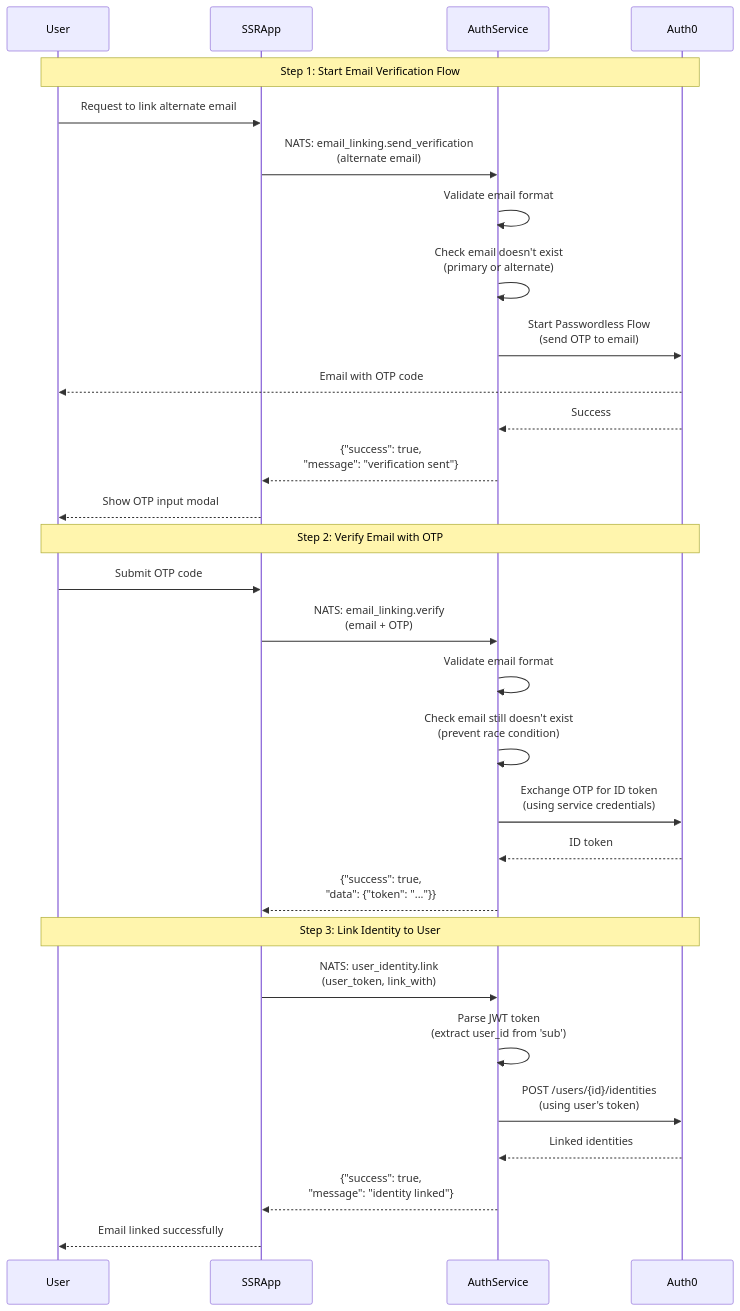
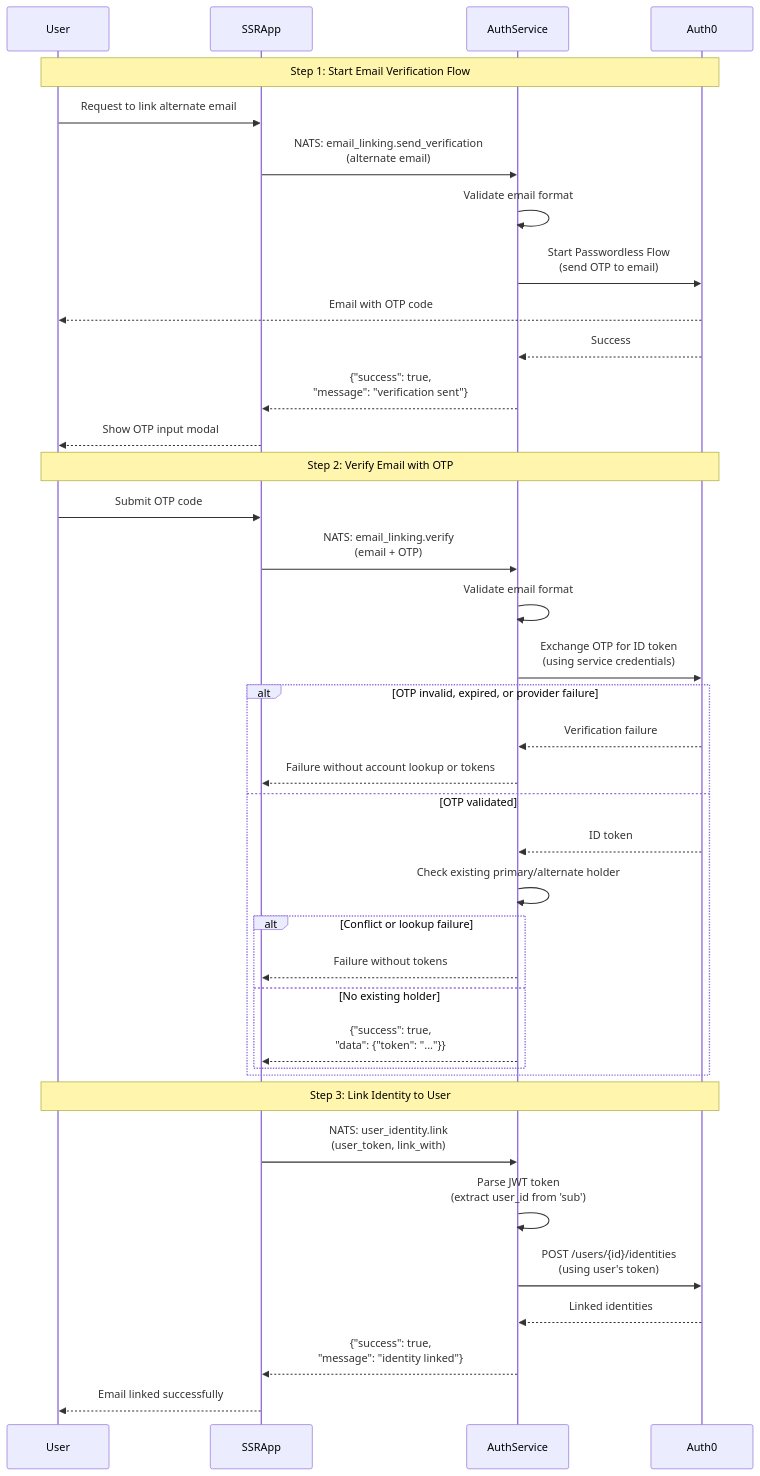
The first of 2 diagrams in docs/subjects/email_verification.md (linuxfoundation/lfx-v2-auth-service), drawn with Mermaid before and after one commit. The commit also changed other lines of this file and 7 other files, not shown here.

First line of the commit message:
fix(email): check linked state after OTP proof (lfx-self-serve-ops#504)

````diff
--- a/docs/subjects/email_verification.md
+++ b/docs/subjects/email_verification.md
@@ -11,42 +11,50 @@
 ```mermaid
 sequenceDiagram
     participant User
     participant SSRApp
     participant AuthService
     participant Auth0
 
     Note over User,Auth0: Step 1: Start Email Verification Flow
 
     User->>SSRApp: Request to link alternate email
     SSRApp->>AuthService: NATS: email_linking.send_verification<br/>(alternate email)
 
     AuthService->>AuthService: Validate email format
-    AuthService->>AuthService: Check email doesn't exist<br/>(primary or alternate)
 
     AuthService->>Auth0: Start Passwordless Flow<br/>(send OTP to email)
     Auth0-->>User: Email with OTP code
     Auth0-->>AuthService: Success
     AuthService-->>SSRApp: {"success": true,<br/>"message": "verification sent"}
     SSRApp-->>User: Show OTP input modal
 
     Note over User,Auth0: Step 2: Verify Email with OTP
 
     User->>SSRApp: Submit OTP code
     SSRApp->>AuthService: NATS: email_linking.verify<br/>(email + OTP)
 
     AuthService->>AuthService: Validate email format
-    AuthService->>AuthService: Check email still doesn't exist<br/>(prevent race condition)
 
     AuthService->>Auth0: Exchange OTP for ID token<br/>(using service credentials)
-    Auth0-->>AuthService: ID token
-    AuthService-->>SSRApp: {"success": true,<br/>"data": {"token": "..."}}
+    alt OTP invalid, expired, or provider failure
+        Auth0-->>AuthService: Verification failure
+        AuthService-->>SSRApp: Failure without account lookup or tokens
+    else OTP validated
+        Auth0-->>AuthService: ID token
+        AuthService->>AuthService: Check existing primary/alternate holder
+        alt Conflict or lookup failure
+            AuthService-->>SSRApp: Failure without tokens
+        else No existing holder
+            AuthService-->>SSRApp: {"success": true,<br/>"data": {"token": "..."}}
+        end
+    end
 
     Note over User,Auth0: Step 3: Link Identity to User
 
     SSRApp->>AuthService: NATS: user_identity.link<br/>(user_token, link_with)
     AuthService->>AuthService: Parse JWT token<br/>(extract user_id from 'sub')
     AuthService->>Auth0: POST /users/{id}/identities<br/>(using user's token)
     Auth0-->>AuthService: Linked identities
     AuthService-->>SSRApp: {"success": true,<br/>"message": "identity linked"}
     SSRApp-->>User: Email linked successfully
 ```
````
